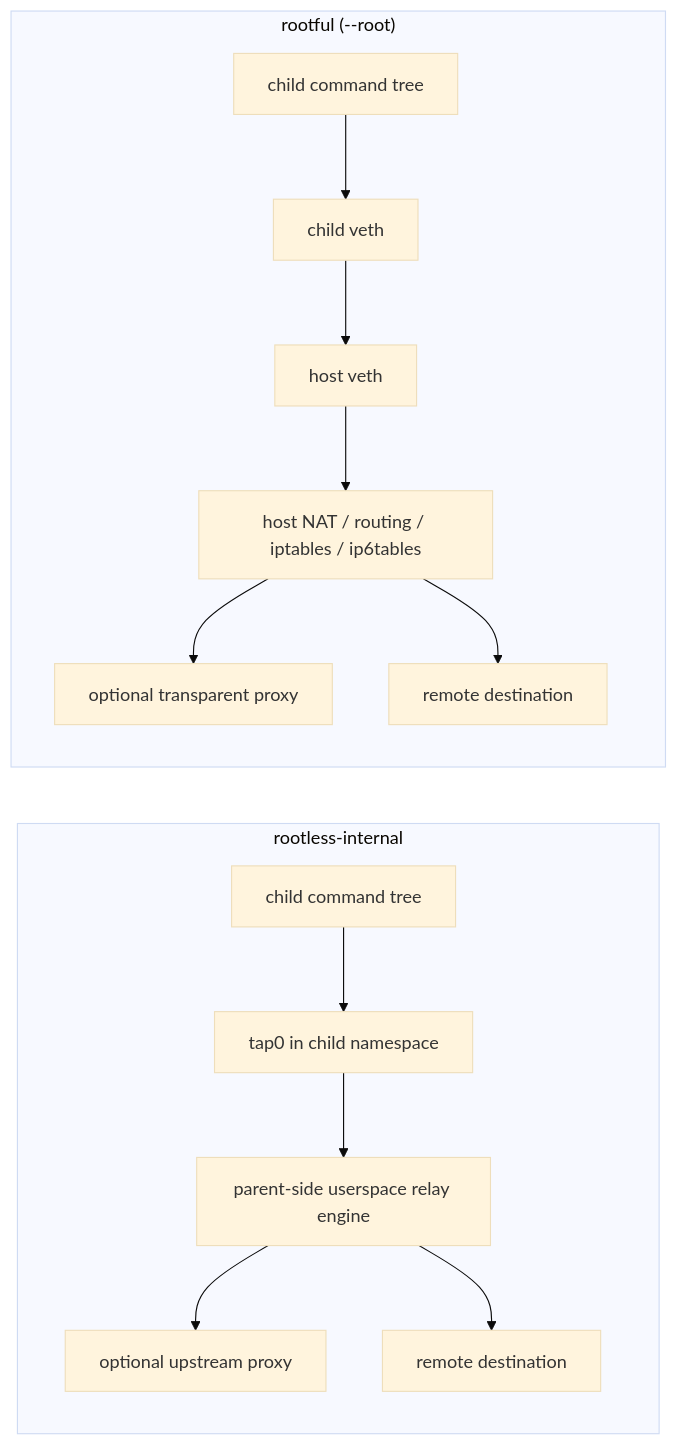
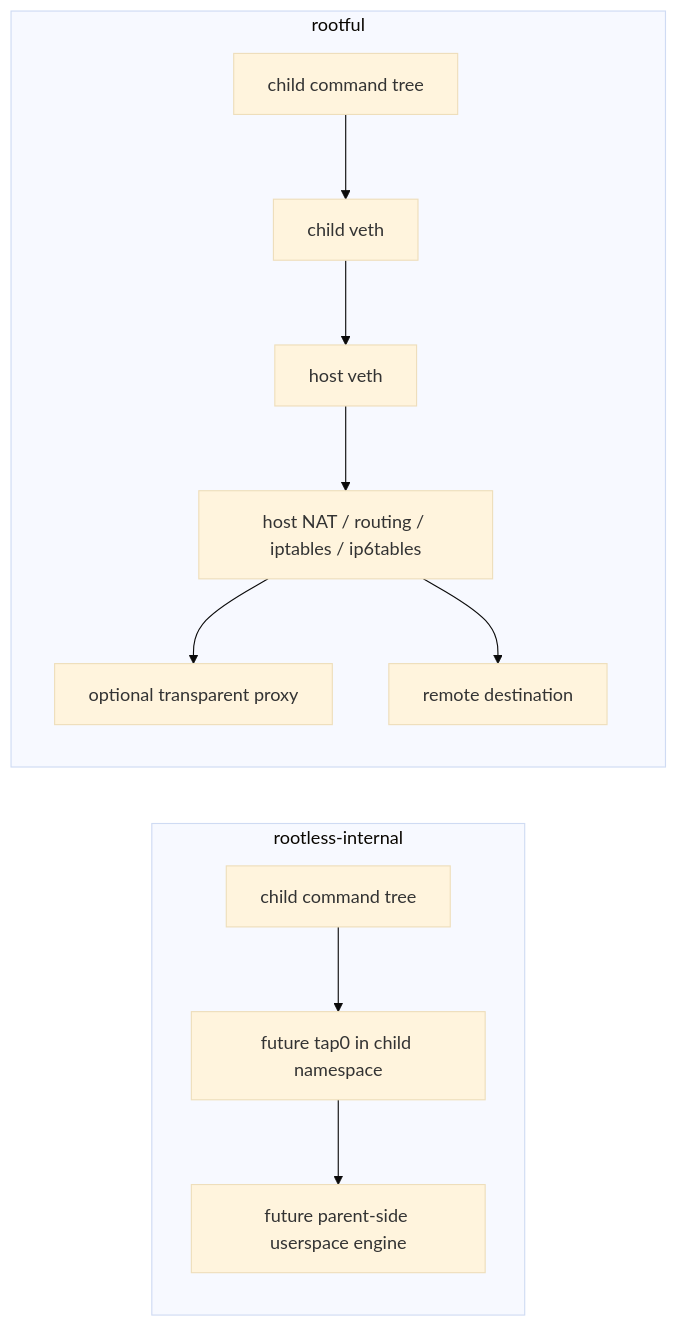
The diagram in README.md (blacknon/childflow), drawn with Mermaid (base theme) before and after one commit. The commit also changed other lines of this file and 6 other files, not shown here.

````diff
--- a/README.md
+++ b/README.md
@@ -157,25 +157,21 @@
 ```mermaid
 flowchart LR
     subgraph RLI["rootless-internal"]
         RC["child command tree"]
-        RT["tap0 in child namespace"]
-        RE["parent-side userspace relay engine"]
-        RP["optional upstream proxy"]
-        RO["remote destination"]
+        RT["future tap0 in child namespace"]
+        RE["future parent-side userspace engine"]
         RC --> RT --> RE
-        RE --> RP
-        RE --> RO
     end
 
-    subgraph RF["rootful (--root)"]
+    subgraph RF["rootful"]
         FC["child command tree"]
         FV["child veth"]
         FH["host veth"]
         FN["host NAT / routing / iptables / ip6tables"]
         FT["optional transparent proxy"]
         FO["remote destination"]
         FC --> FV --> FH --> FN
         FN --> FT
         FN --> FO
     end
 ```
````
